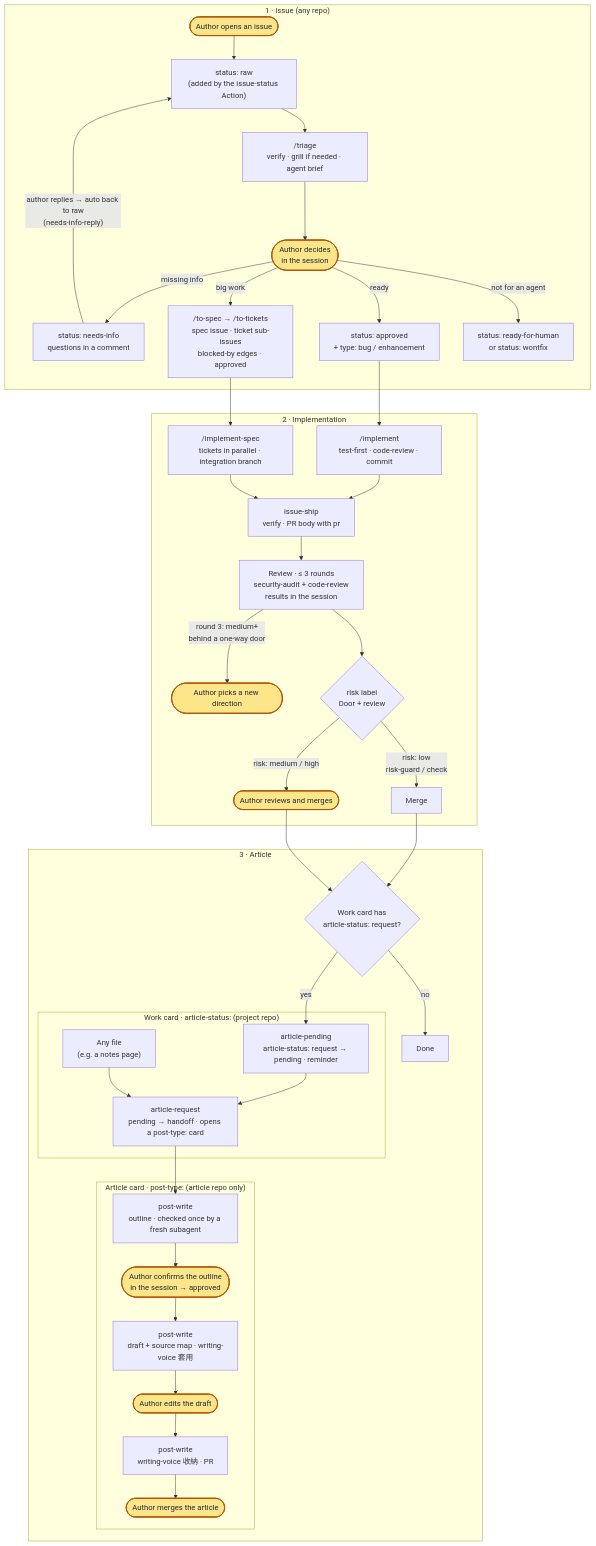
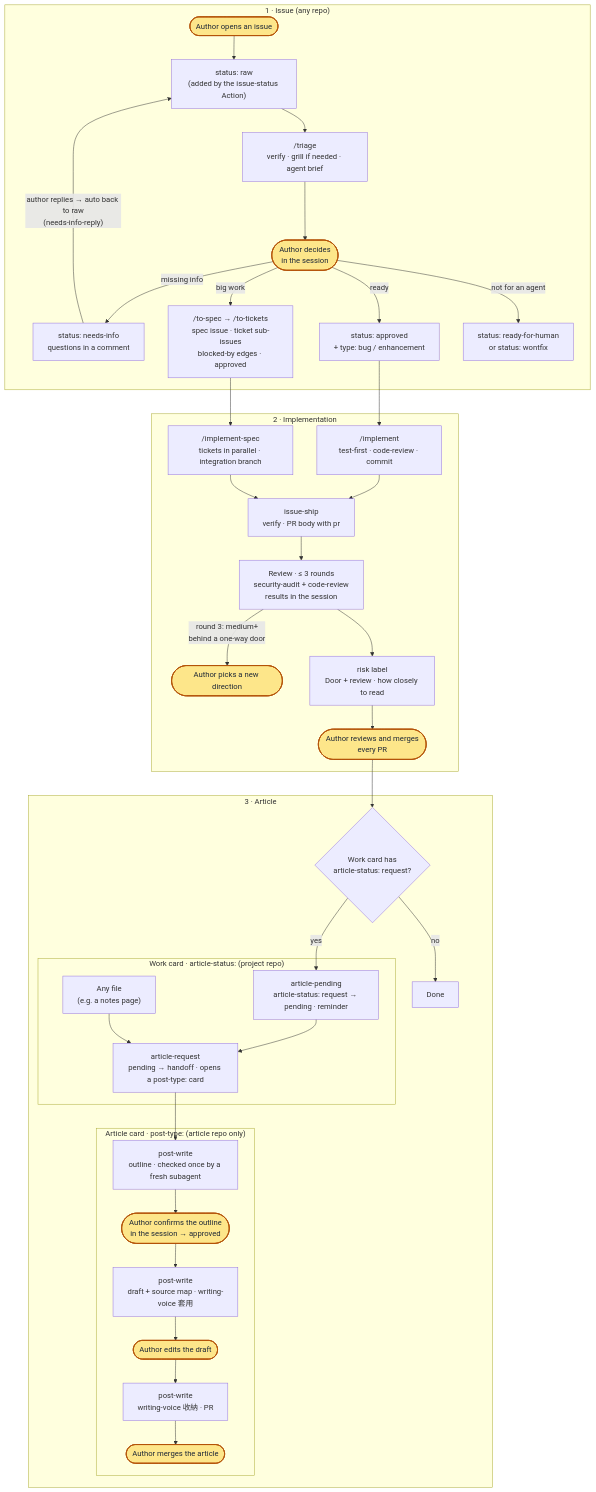
One commit to sean2249/skills changed the first of 2 diagrams in README.md. Above: the diagram before and after it, drawn with Mermaid. The commit also changed other lines of this file and 17 other files, not shown here.

First line of the commit message:
Nothing merges automatically; retire risk-guard

````diff
--- a/README.md
+++ b/README.md
@@ -57,50 +57,48 @@
 ```mermaid
 flowchart TD
   subgraph ISSUE["1 · Issue (any repo)"]
     A(["Author opens an issue"]):::author --> B["status: raw<br/>(added by the issue-status Action)"]
     B --> T["/triage<br/>verify · grill if needed · agent brief"]
     T --> D(["Author decides<br/>in the session"]):::author
     D -->|missing info| NI["status: needs-info<br/>questions in a comment"]
     NI -->|"author replies → auto back to raw<br/>(needs-info-reply)"| B
     D -->|ready| AP["status: approved<br/>+ type: bug / enhancement"]
     D -->|big work| SP["/to-spec → /to-tickets<br/>spec issue · ticket sub-issues<br/>blocked-by edges · approved"]
     D -->|"not for an agent"| RH["status: ready-for-human<br/>or status: wontfix"]
   end
 
   subgraph IMPL["2 · Implementation"]
     AP --> I["/implement<br/>test-first · code-review · commit"]
     SP --> IS["/implement-spec<br/>tickets in parallel · integration branch"]
     I --> S["issue-ship<br/>verify · PR body with pr"]
     IS --> S
     S --> RV["Review · ≤ 3 rounds<br/>security-audit + code-review<br/>results in the session"]
     RV -->|"round 3: medium+<br/>behind a one-way door"| BK(["Author picks a new direction"]):::author
-    RV --> K{"risk label<br/>Door + review"}
-    K -->|"risk: low<br/>risk-guard / check"| L["Merge"]
-    K -->|"risk: medium / high"| M(["Author reviews and merges"]):::author
+    RV --> K["risk label<br/>Door + review · how closely to read"]
+    K --> M(["Author reviews and merges<br/>every PR"]):::author
   end
 
   subgraph ART["3 · Article"]
-    L --> N{"Work card has<br/>article-status: request?"}
-    M --> N
+    M --> N{"Work card has<br/>article-status: request?"}
     N -->|no| Z["Done"]
     subgraph WORK["Work card · article-status: (project repo)"]
       O["article-pending<br/>article-status: request → pending · reminder"]
       Q["article-request<br/>pending → handoff · opens a post-type: card"]
       X["Any file<br/>(e.g. a notes page)"]
     end
     subgraph CARD["Article card · post-type: (article repo only)"]
       U["post-write<br/>outline · checked once by a fresh subagent"]
       OC(["Author confirms the outline<br/>in the session → approved"]):::author
       W["post-write<br/>draft + source map · writing-voice 套用"]
       E(["Author edits the draft"]):::author
       P["post-write<br/>writing-voice 收納 · PR"]
       V(["Author merges the article"]):::author
     end
     N -->|yes| O
     O --> Q
     X --> Q
     Q --> U --> OC --> W --> E --> P --> V
   end
 
   classDef author fill:#fde68a,stroke:#b45309,color:#1f2937,stroke-width:2px
 ```
````
